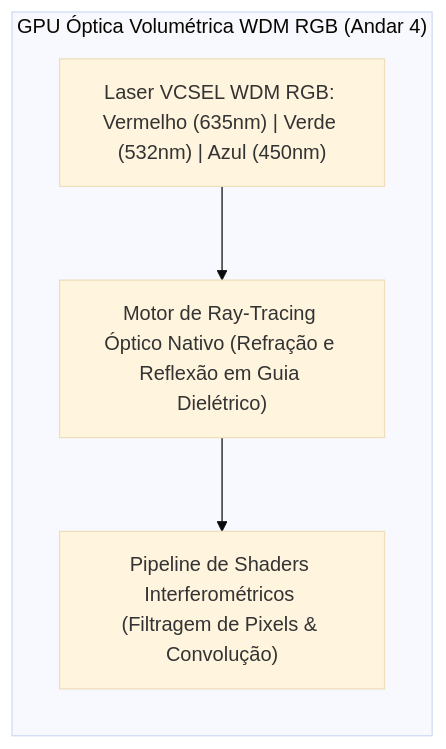
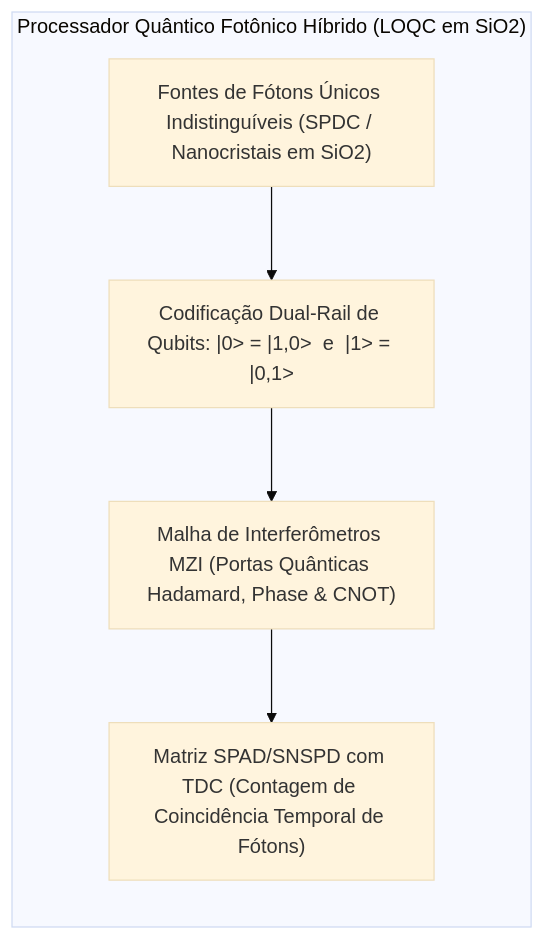
One commit to Roliveira96/SilicaCore changed the diagram in docs/papers/whitepaper-v1.md. Above: the diagram before and after it, drawn with Mermaid (base theme). The commit also changed other lines of this file and 6 other files, not shown here.

Commit message:
feat(quantum): adiciona core de processamento quântico fotônico LOQC em temperatura ambiente (Science/Nature/RevModPhys)

````diff
--- a/docs/papers/whitepaper-v1.md
+++ b/docs/papers/whitepaper-v1.md
@@ -44,12 +44,14 @@
 ```mermaid
 flowchart TD
-    subgraph GPUOptica["GPU Óptica Volumétrica WDM RGB (Andar 4)"]
+    subgraph CoreQuantico["Processador Quântico Fotônico Híbrido (LOQC em SiO2)"]
         direction TB
-        EmissaoWDM["Laser VCSEL WDM RGB: Vermelho (635nm) | Verde (532nm) | Azul (450nm)"]
-        RayTracing["Motor de Ray-Tracing Óptico Nativo (Refração e Reflexão em Guia Dielétrico)"]
-        Shaders["Pipeline de Shaders Interferométricos (Filtragem de Pixels & Convolução)"]
+        FonteFotons["Fontes de Fótons Únicos Indistinguíveis (SPDC / Nanocristais em SiO2)"]
+        QubitEncoding["Codificação Dual-Rail de Qubits: |0> = |1,0>  e  |1> = |0,1>"]
+        MalhaLOQC["Malha de Interferômetros MZI (Portas Quânticas Hadamard, Phase & CNOT)"]
+        MedicaoSPAD["Matriz SPAD/SNSPD com TDC (Contagem de Coincidência Temporal de Fótons)"]
         
-        EmissaoWDM --> RayTracing
-        RayTracing --> Shaders
+        FonteFotons --> QubitEncoding
+        QubitEncoding --> MalhaLOQC
+        MalhaLOQC --> MedicaoSPAD
     end
 ```
````
